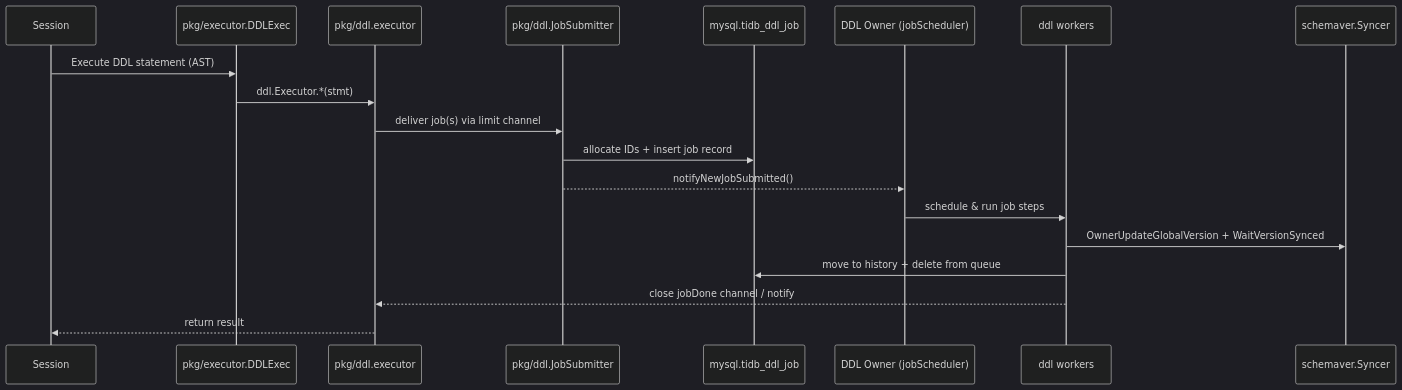
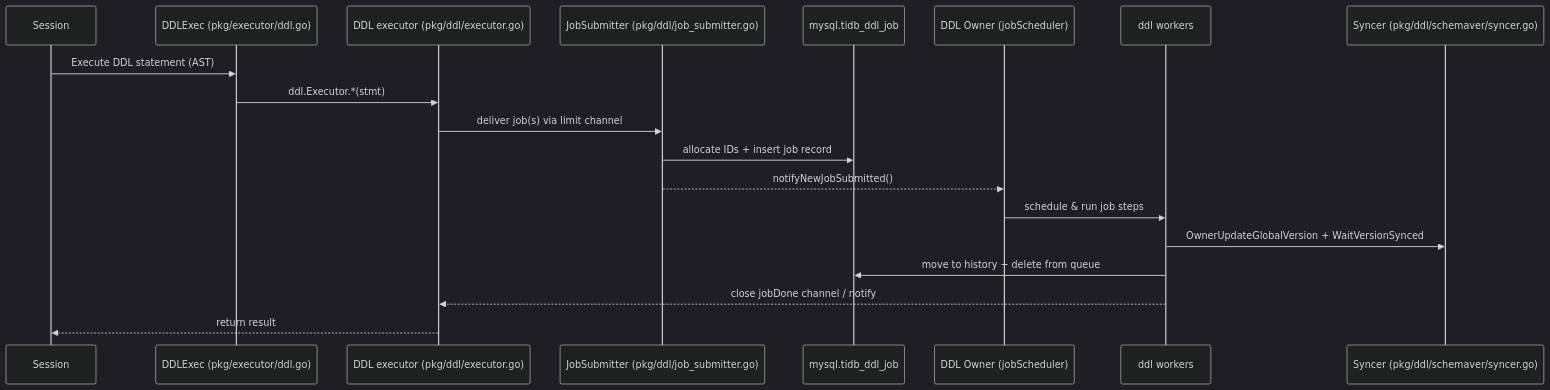
The diagram in docs/note/ddl/README.md (pingcap/tidb), drawn with Mermaid (dark theme) before and after one commit. The commit also changed other lines of this file and 6 other files, not shown here.

````diff
--- a/docs/note/ddl/README.md
+++ b/docs/note/ddl/README.md
@@ -30,22 +30,22 @@
 ```mermaid
 sequenceDiagram
   participant S as Session
-  participant X as pkg/executor.DDLExec
-  participant E as pkg/ddl.executor
-  participant J as pkg/ddl.JobSubmitter
+  participant X as DDLExec (pkg/executor/ddl.go)
+  participant E as DDL executor (pkg/ddl/executor.go)
+  participant J as JobSubmitter (pkg/ddl/job_submitter.go)
   participant T as mysql.tidb_ddl_job
   participant O as DDL Owner (jobScheduler)
   participant W as ddl workers
-  participant V as schemaver.Syncer
+  participant V as Syncer (pkg/ddl/schemaver/syncer.go)
 
   S->>X: Execute DDL statement (AST)
   X->>E: ddl.Executor.*(stmt)
   E->>J: deliver job(s) via limit channel
   J->>T: allocate IDs + insert job record
   J-->>O: notifyNewJobSubmitted()
   O->>W: schedule & run job steps
   W->>V: OwnerUpdateGlobalVersion + WaitVersionSynced
   W->>T: move to history + delete from queue
   W-->>E: close jobDone channel / notify
   E-->>S: return result
 ```
````
